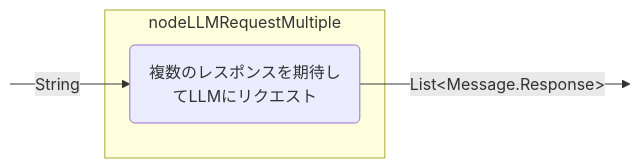
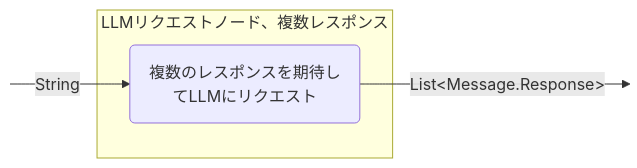
The ninth of 15 diagrams in docs/ja/koog/nodes-and-components.md (BinaryTape/Open-Docs), drawn with Mermaid before and after one commit. The commit also changed other lines of this file and 164 other files, not shown here.

````diff
--- a/docs/ja/koog/nodes-and-components.md
+++ b/docs/ja/koog/nodes-and-components.md
@@ -402,13 +402,13 @@
 ```mermaid
 graph LR
     in:::hidden
     out:::hidden
     
-    subgraph node ["nodeLLMRequestMultiple"]
+    subgraph node ["LLMリクエストノード、複数レスポンス"]
         execute(複数のレスポンスを期待してLLMにリクエスト)
     end
     
     in --String--> execute -- "List&lt;Message.Response&gt;" --> out
 
     classDef hidden display: none;
 ```
````
